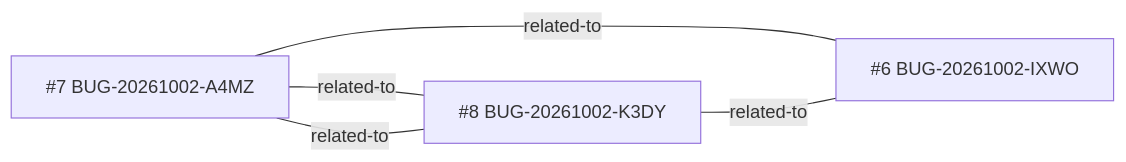
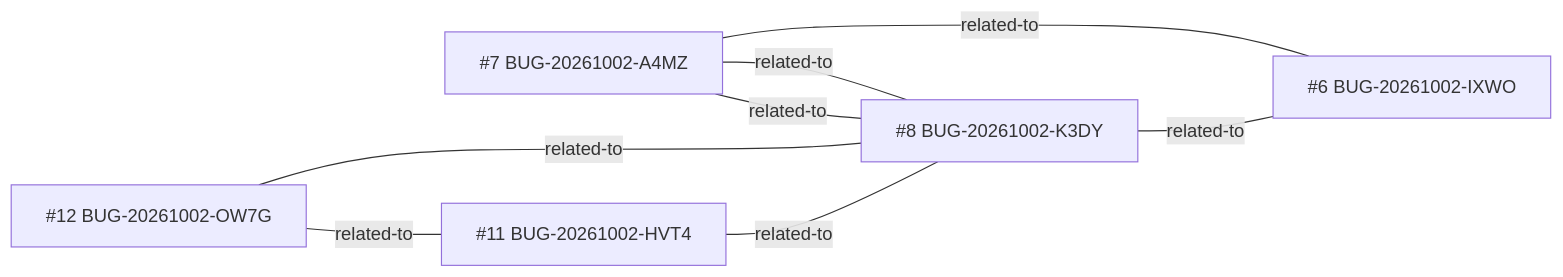
One commit to iago-leal/whispper-whatsapp-web changed the diagram in _reversa_bugs/janela-flutuante/generated/graph.md. Above: the diagram before and after it, drawn with Mermaid. The commit also changed other lines of this file and 43 other files, not shown here.

````diff
--- a/_reversa_bugs/janela-flutuante/generated/graph.md
+++ b/_reversa_bugs/janela-flutuante/generated/graph.md
@@ -5,10 +5,15 @@
 ```mermaid
 graph LR
   BUG_20261002_IXWO["#6 BUG-20261002-IXWO"]
   BUG_20261002_A4MZ["#7 BUG-20261002-A4MZ"]
   BUG_20261002_K3DY["#8 BUG-20261002-K3DY"]
+  BUG_20261002_HVT4["#11 BUG-20261002-HVT4"]
+  BUG_20261002_OW7G["#12 BUG-20261002-OW7G"]
   BUG_20261002_A4MZ ---|related-to| BUG_20261002_IXWO
   BUG_20261002_A4MZ ---|related-to| BUG_20261002_K3DY
   BUG_20261002_K3DY ---|related-to| BUG_20261002_A4MZ
   BUG_20261002_K3DY ---|related-to| BUG_20261002_IXWO
+  BUG_20261002_HVT4 ---|related-to| BUG_20261002_K3DY
+  BUG_20261002_OW7G ---|related-to| BUG_20261002_K3DY
+  BUG_20261002_OW7G ---|related-to| BUG_20261002_HVT4
 ```
````
